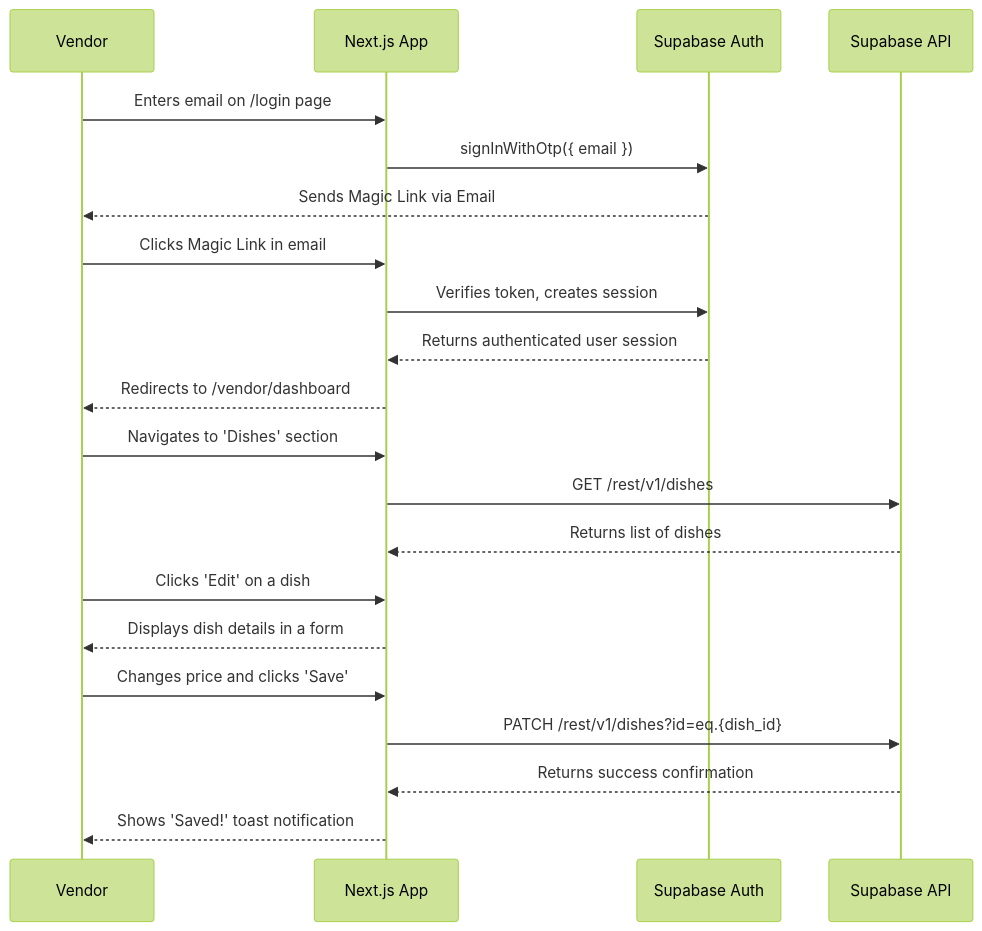
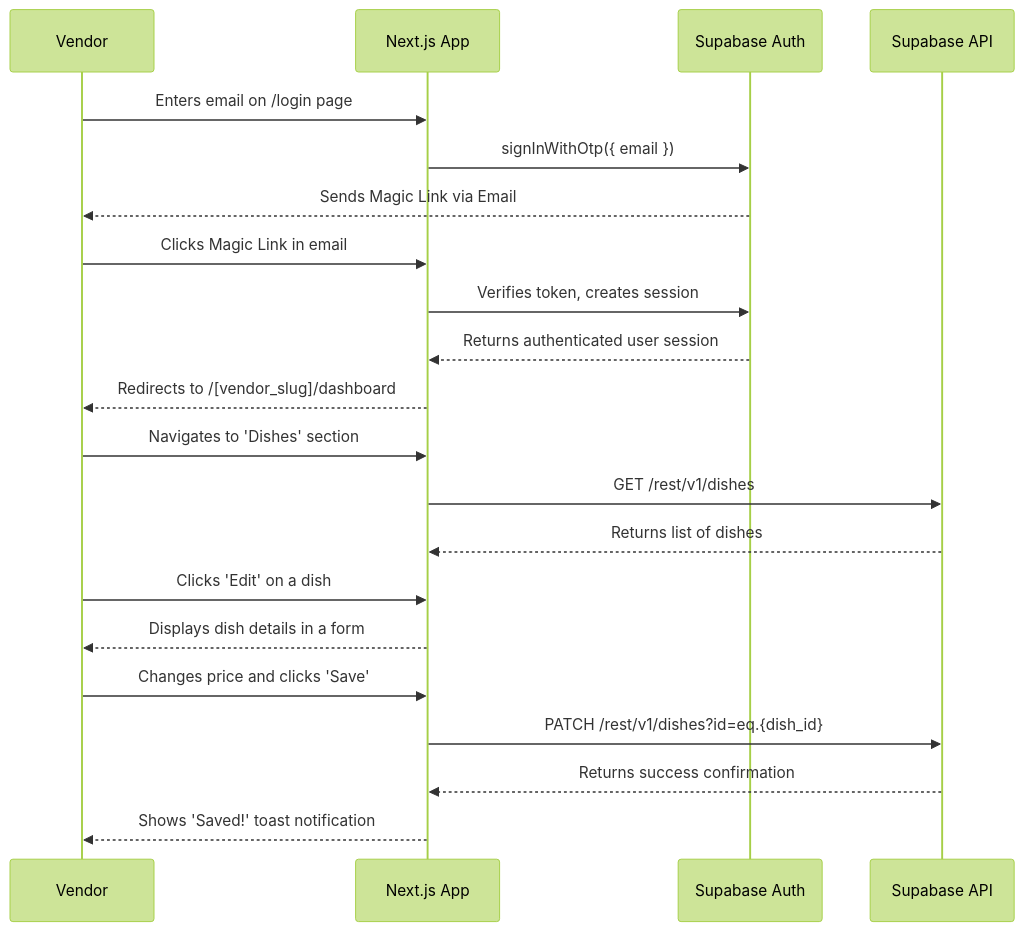
The diagram in docs/architecture/8-core-workflows.md (hammaadworks/yumyum), drawn with Mermaid (forest theme) before and after one commit. The commit also changed 16 other files, not shown here.

Commit message:
refactor: moved to /[vendor-slug]/dashboard

````diff
--- a/docs/architecture/8-core-workflows.md
+++ b/docs/architecture/8-core-workflows.md
@@ -5,28 +5,28 @@
 ```mermaid
 sequenceDiagram
     participant User as Vendor
     participant Frontend as Next.js App
     participant SupabaseAuth as Supabase Auth
     participant SupabaseAPI as Supabase API
 
     User->>Frontend: Enters email on /login page
     Frontend->>SupabaseAuth: signInWithOtp({ email })
     SupabaseAuth-->>User: Sends Magic Link via Email
 
     User->>Frontend: Clicks Magic Link in email
     Frontend->>SupabaseAuth: Verifies token, creates session
     SupabaseAuth-->>Frontend: Returns authenticated user session
-    Frontend-->>User: Redirects to /vendor/dashboard
+    Frontend-->>User: Redirects to /[vendor_slug]/dashboard
 
     User->>Frontend: Navigates to 'Dishes' section
     Frontend->>SupabaseAPI: GET /rest/v1/dishes
     SupabaseAPI-->>Frontend: Returns list of dishes
 
     User->>Frontend: Clicks 'Edit' on a dish
     Frontend-->>User: Displays dish details in a form
 
     User->>Frontend: Changes price and clicks 'Save'
     Frontend->>SupabaseAPI: PATCH /rest/v1/dishes?id=eq.{dish_id}
     SupabaseAPI-->>Frontend: Returns success confirmation
     Frontend-->>User: Shows 'Saved!' toast notification
 ```
````
